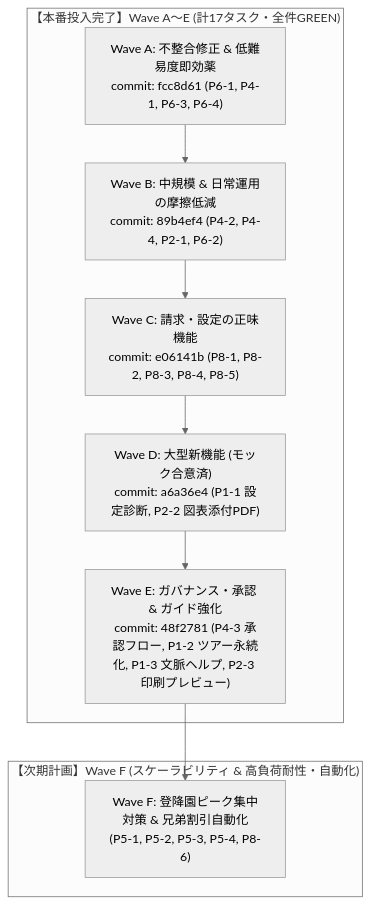
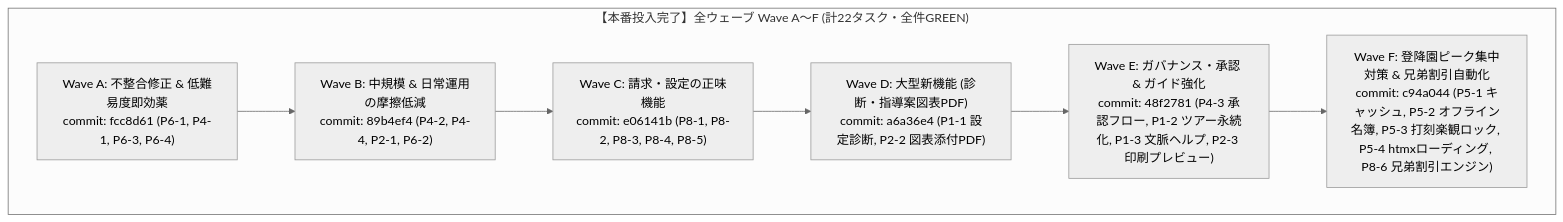
The diagram in docs/implementation-plan-codmon-pain-point-improvements-2026-11-16.md (annahoikuen-debug/open-hoikuict), drawn with Mermaid (neutral theme) before and after one commit. The commit also changed other lines of this file, not shown here.

Commit message:
docs: 実装計画書を Wave F 完了状態に更新

````diff
--- a/docs/implementation-plan-codmon-pain-point-improvements-2026-11-16.md
+++ b/docs/implementation-plan-codmon-pain-point-improvements-2026-11-16.md
@@ -17,16 +17,12 @@
 ```mermaid
 flowchart TD
-    subgraph Deployed["【本番投入完了】Wave A〜E (計17タスク・全件GREEN)"]
+    subgraph Deployed["【本番投入完了】全ウェーブ Wave A〜F (計22タスク・全件GREEN)"]
         WA["Wave A: 不整合修正 & 低難易度即効薬<br>commit: fcc8d61 (P6-1, P4-1, P6-3, P6-4)"]
         WB["Wave B: 中規模 & 日常運用の摩擦低減<br>commit: 89b4ef4 (P4-2, P4-4, P2-1, P6-2)"]
         WC["Wave C: 請求・設定の正味機能<br>commit: e06141b (P8-1, P8-2, P8-3, P8-4, P8-5)"]
-        WD["Wave D: 大型新機能 (モック合意済)<br>commit: a6a36e4 (P1-1 設定診断, P2-2 図表添付PDF)"]
+        WD["Wave D: 大型新機能 (診断・指導案図表PDF)<br>commit: a6a36e4 (P1-1 設定診断, P2-2 図表添付PDF)"]
         WE["Wave E: ガバナンス・承認 & ガイド強化<br>commit: 48f2781 (P4-3 承認フロー, P1-2 ツアー永続化, P1-3 文脈ヘルプ, P2-3 印刷プレビュー)"]
-        WA --> WB --> WC --> WD --> WE
-    end
-
-    subgraph Future["【次期計画】Wave F (スケーラビリティ & 高負荷耐性・自動化)"]
-        WF["Wave F: 登降園ピーク集中対策 & 兄弟割引自動化<br>(P5-1, P5-2, P5-3, P5-4, P8-6)"]
-        WE --> WF
+        WF["Wave F: 登降園ピーク集中対策 & 兄弟割引自動化<br>commit: c94a044 (P5-1 キャッシュ, P5-2 オフライン名簿, P5-3 打刻楽観ロック, P5-4 htmxローディング, P8-6 兄弟割引エンジン)"]
+        WA --> WB --> WC --> WD --> WE --> WF
     end
 ```
````
